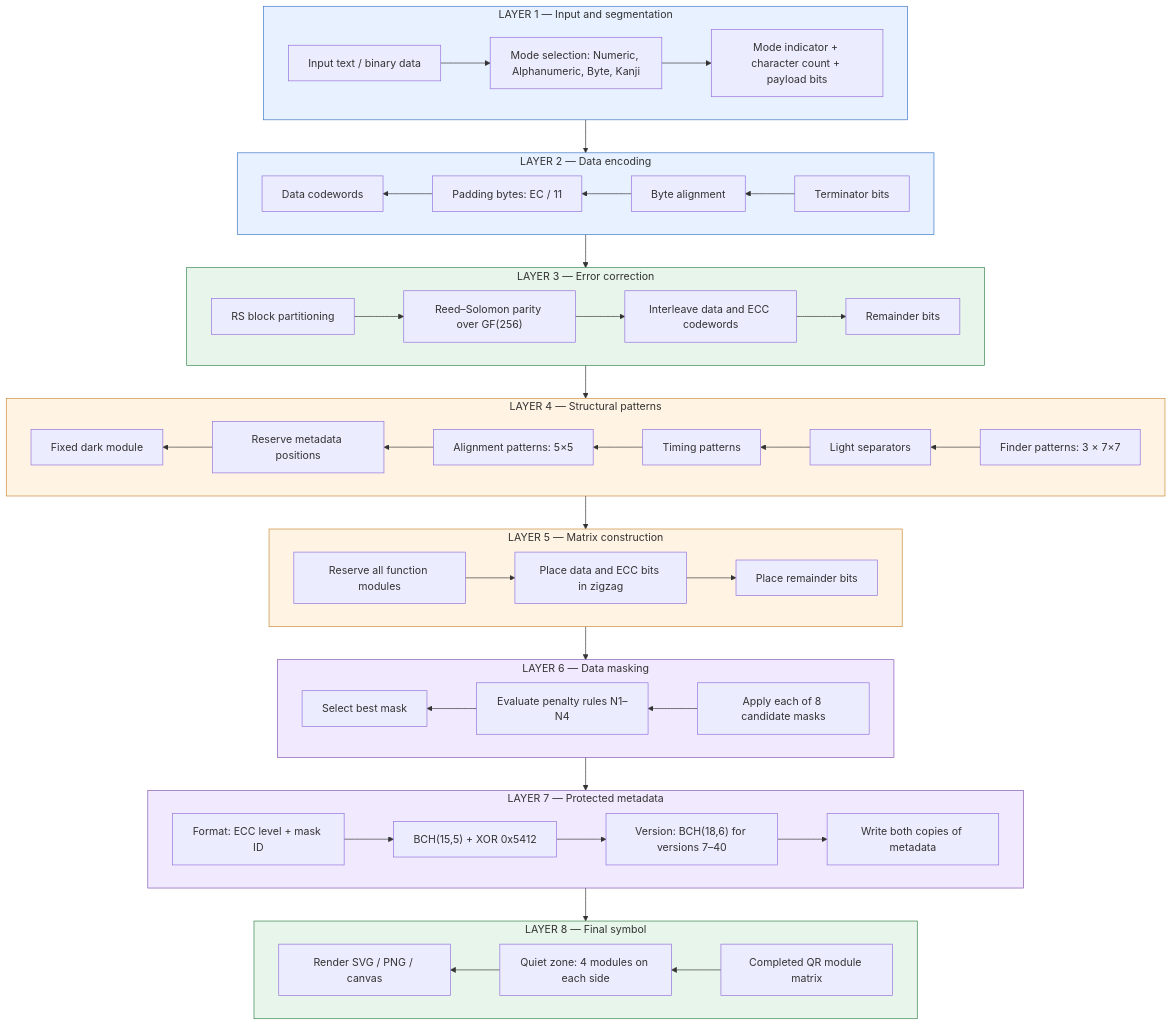
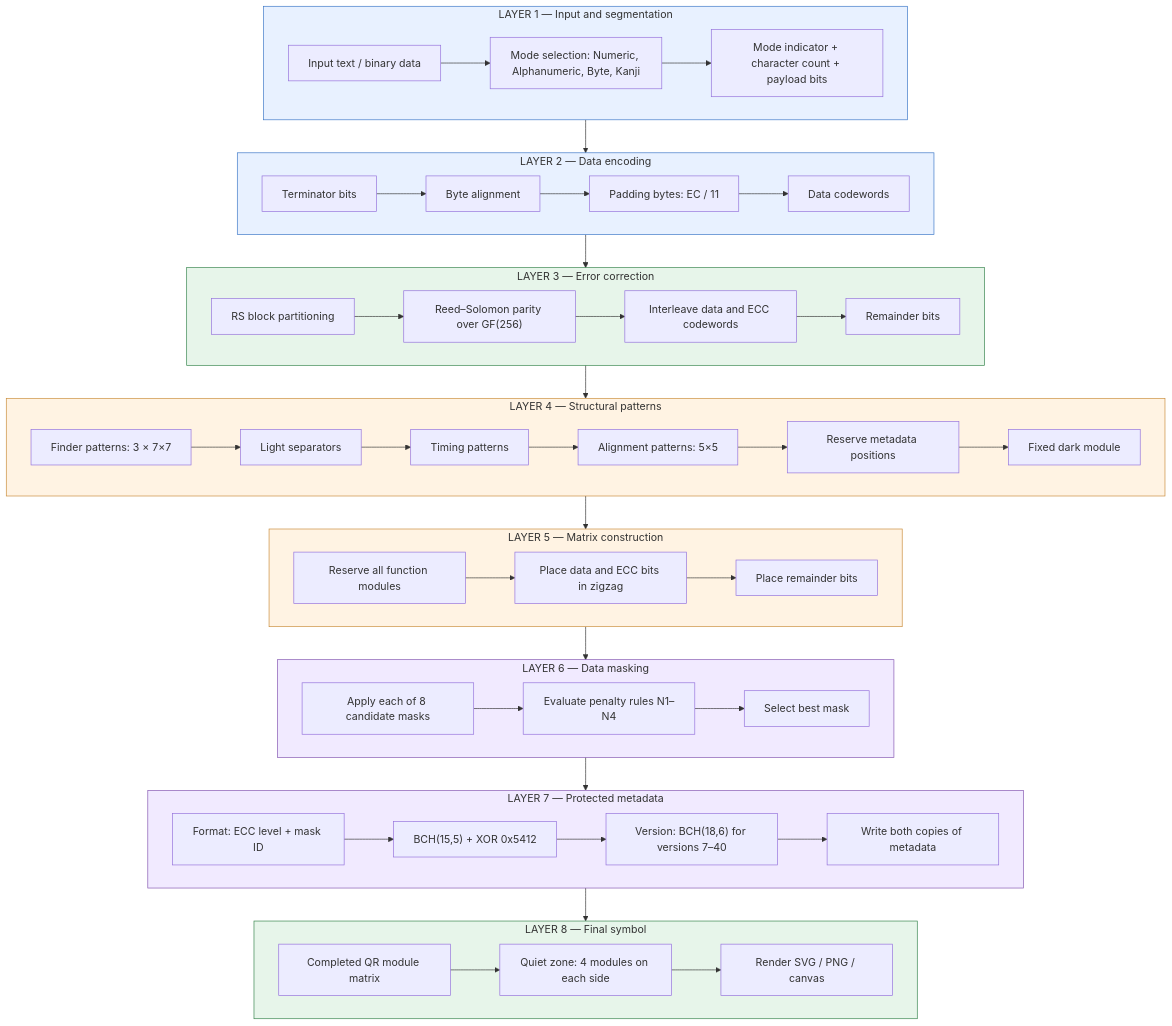
The diagram in README.md (flyingzebra/QRgen), drawn with Mermaid before and after one commit.

```diff
--- a/README.md
+++ b/README.md
@@ -22,7 +22,7 @@
     end
 
     subgraph L2["LAYER 2 — Data encoding"]
-        direction RL
+        direction LR
         D["Terminator bits"]
         E["Byte alignment"]
         F["Padding bytes: EC / 11"]
@@ -40,7 +40,7 @@
     end
 
     subgraph L4["LAYER 4 — Structural patterns"]
-        direction RL
+        direction LR
         P1["Finder patterns: 3 × 7×7"]
         P2["Light separators"]
         P3["Timing patterns"]
@@ -59,7 +59,7 @@
     end
 
     subgraph L6["LAYER 6 — Data masking"]
-        direction RL
+        direction LR
         N1["Apply each of 8 candidate masks"]
         N2["Evaluate penalty rules N1–N4"]
         N3["Select best mask"]
@@ -76,7 +76,7 @@
     end
 
     subgraph L8["LAYER 8 — Final symbol"]
-        direction RL
+        direction LR
         R1["Completed QR module matrix"]
         R2["Quiet zone: 4 modules on each side"]
         R3["Render SVG / PNG / canvas"]
```
